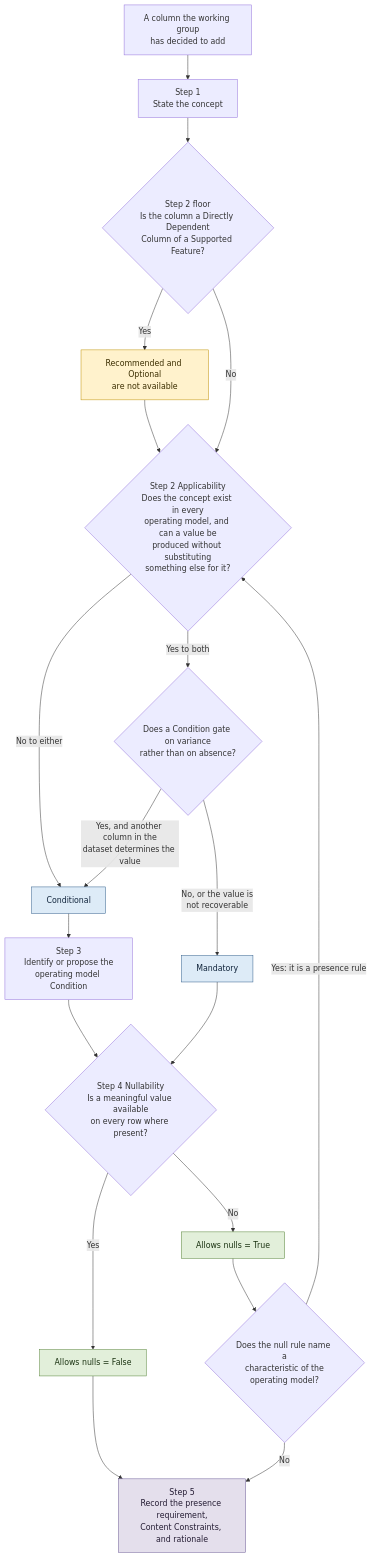
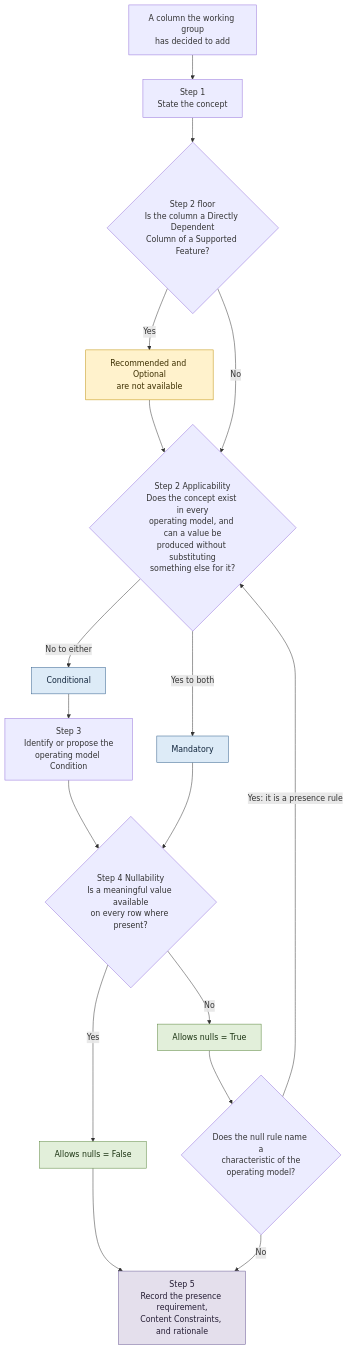
The diagram in guidelines/contributors/feature-level-rubric-guidelines.md (FinOps-Open-Cost-and-Usage-Spec/FOCUS_Spec), drawn with Mermaid before and after one commit. The commit also changed other lines of this file and 2 other files, not shown here.

````diff
--- a/guidelines/contributors/feature-level-rubric-guidelines.md
+++ b/guidelines/contributors/feature-level-rubric-guidelines.md
@@ -104,30 +104,28 @@
 ```mermaid
 flowchart TD
     A["A column the working group<br/>has decided to add"] --> S1["Step 1<br/>State the concept"]
     S1 --> F{"Step 2 floor<br/>Is the column a Directly Dependent<br/>Column of a Supported Feature?"}
     F -->|"Yes"| FL["Recommended and Optional<br/>are not available"]
     F -->|"No"| S2{"Step 2 Applicability<br/>Does the concept exist in every<br/>operating model, and can a value be<br/>produced without substituting<br/>something else for it?"}
     FL --> S2
     S2 -->|"No to either"| C["Conditional"]
-    S2 -->|"Yes to both"| VG{"Does a Condition gate on variance<br/>rather than on absence?"}
-    VG -->|"Yes, and another column in the<br/>dataset determines the value"| C
-    VG -->|"No, or the value is<br/>not recoverable"| M["Mandatory"]
+    S2 -->|"Yes to both"| M["Mandatory"]
     C --> S3["Step 3<br/>Identify or propose the<br/>operating model Condition"]
     M --> S4{"Step 4 Nullability<br/>Is a meaningful value available<br/>on every row where present?"}
     S3 --> S4
     S4 -->|"Yes"| NF["Allows nulls = False"]
     S4 -->|"No"| NT["Allows nulls = True"]
     NT --> D{"Does the null rule name a<br/>characteristic of the<br/>operating model?"}
     D -->|"Yes: it is a presence rule"| S2
     D -->|"No"| S5["Step 5<br/>Record the presence requirement,<br/>Content Constraints, and rationale"]
     NF --> S5
 
     classDef level fill:#DDEBF7,stroke:#2E5C8A,color:#10243B
     classDef nulls fill:#E2EFDA,stroke:#548235,color:#1B3312
     classDef note fill:#FFF2CC,stroke:#BF8F00,color:#3B2E00
     classDef out fill:#E4DFEC,stroke:#6B5B95,color:#241C33
     class M,C level
     class NF,NT nulls
     class FL note
     class S5 out
 ```
````
